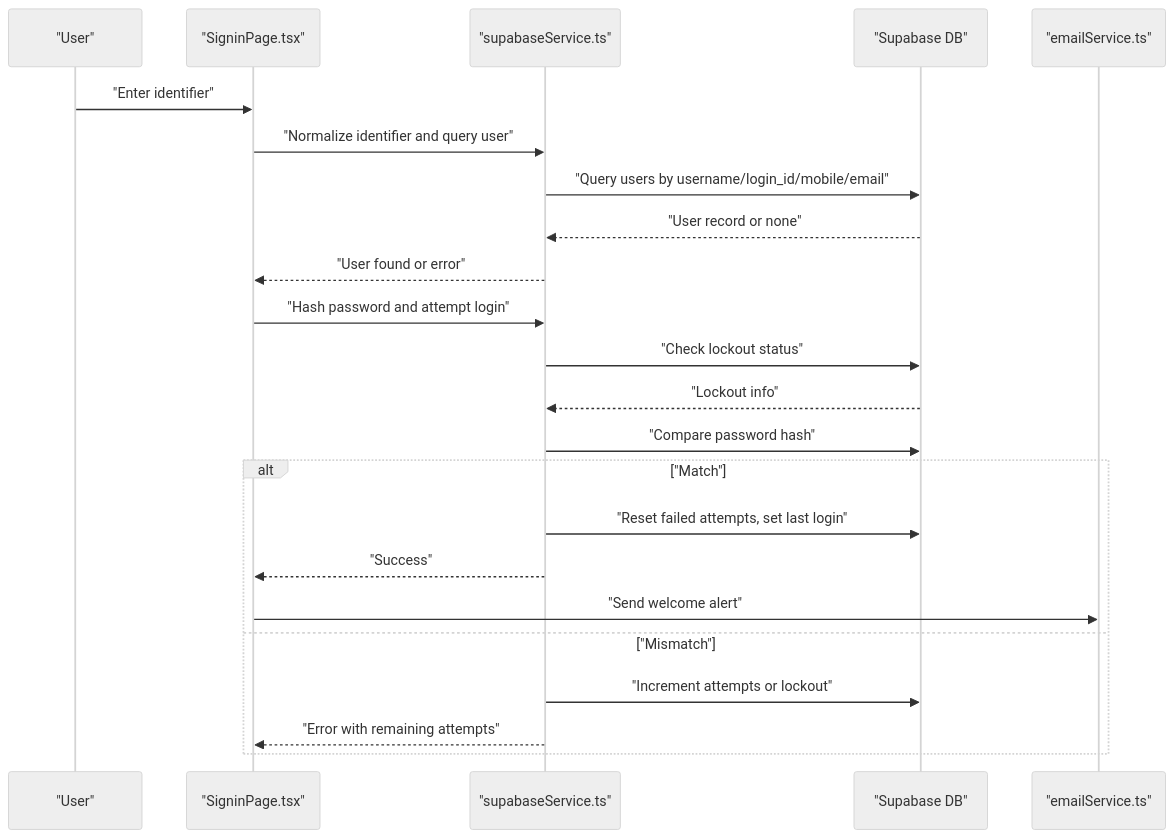
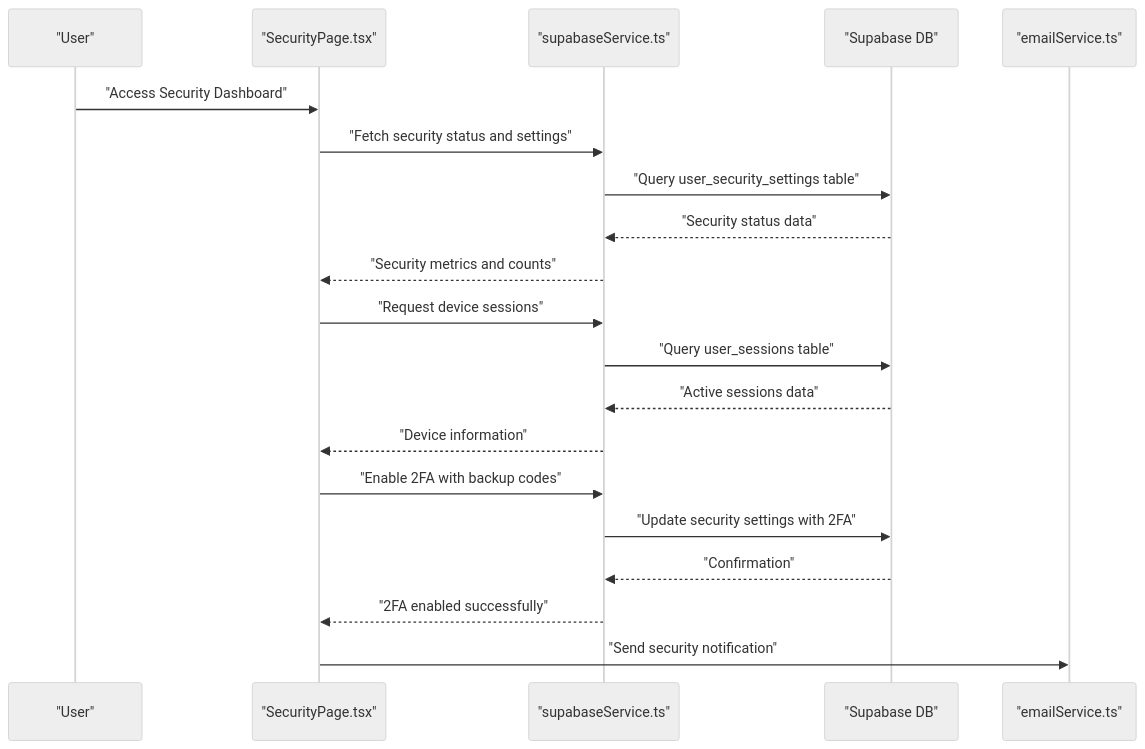
Before and after one commit to zpria/ACCOUND-ZPRIA: the second of 11 diagrams in .qoder/repowiki/en/content/Authentication System/Security Measures.md, drawn with Mermaid (neutral theme). The commit also changed other lines of this file and 12 other files, not shown here.

````diff
--- a/.qoder/repowiki/en/content/Authentication System/Security Measures.md
+++ b/.qoder/repowiki/en/content/Authentication System/Security Measures.md
@@ -122,25 +139,22 @@
 ```mermaid
 sequenceDiagram
 participant U as "User"
-participant UI as "SigninPage.tsx"
+participant UI as "SecurityPage.tsx"
 participant SVC as "supabaseService.ts"
 participant DB as "Supabase DB"
 participant EMAIL as "emailService.ts"
-U->>UI : "Enter identifier"
-UI->>SVC : "Normalize identifier and query user"
-SVC->>DB : "Query users by username/login_id/mobile/email"
-DB-->>SVC : "User record or none"
-SVC-->>UI : "User found or error"
-UI->>SVC : "Hash password and attempt login"
-SVC->>DB : "Check lockout status"
-DB-->>SVC : "Lockout info"
-SVC->>DB : "Compare password hash"
-alt "Match"
-SVC->>DB : "Reset failed attempts, set last login"
-SVC-->>UI : "Success"
-UI->>EMAIL : "Send welcome alert"
-else "Mismatch"
-SVC->>DB : "Increment attempts or lockout"
-SVC-->>UI : "Error with remaining attempts"
-end
+U->>UI : "Access Security Dashboard"
+UI->>SVC : "Fetch security status and settings"
+SVC->>DB : "Query user_security_settings table"
+DB-->>SVC : "Security status data"
+SVC-->>UI : "Security metrics and counts"
+UI->>SVC : "Request device sessions"
+SVC->>DB : "Query user_sessions table"
+DB-->>SVC : "Active sessions data"
+SVC-->>UI : "Device information"
+UI->>SVC : "Enable 2FA with backup codes"
+SVC->>DB : "Update security settings with 2FA"
+DB-->>SVC : "Confirmation"
+SVC-->>UI : "2FA enabled successfully"
+UI->>EMAIL : "Send security notification"
 ```
````
